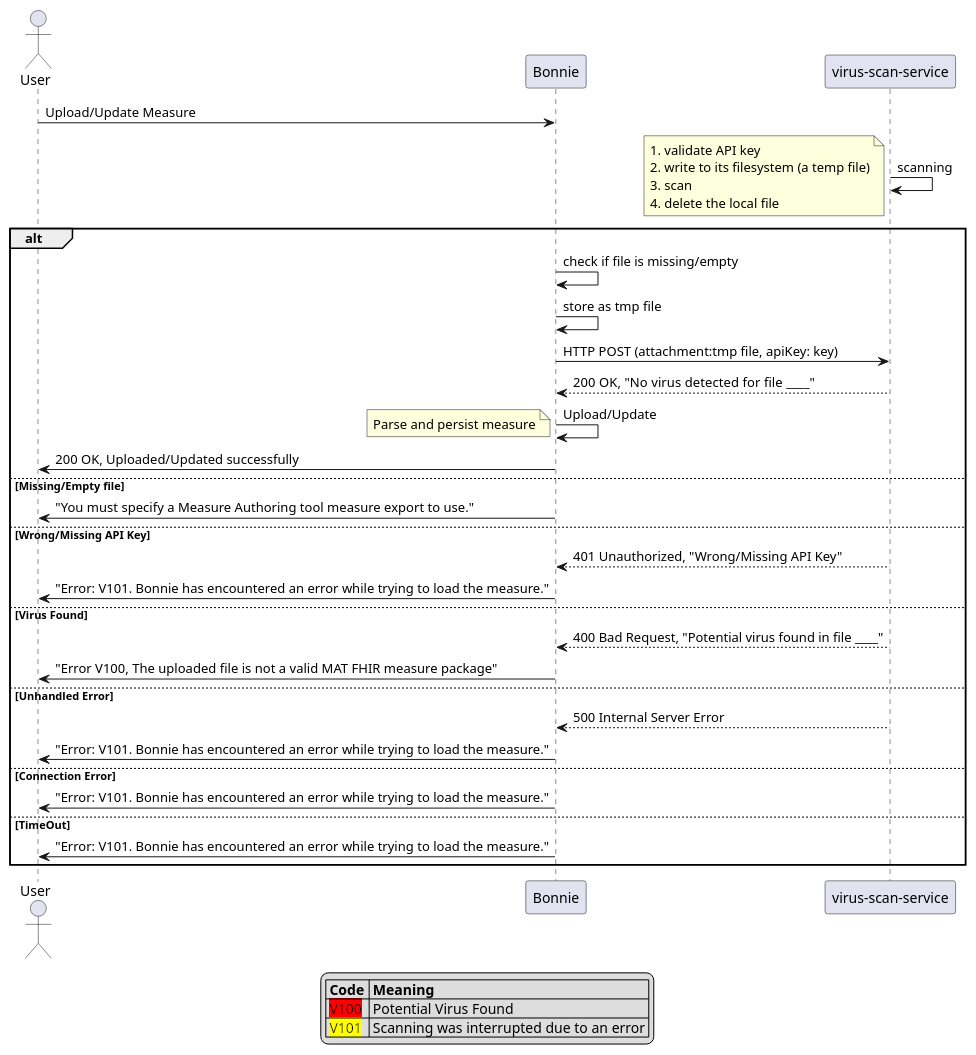
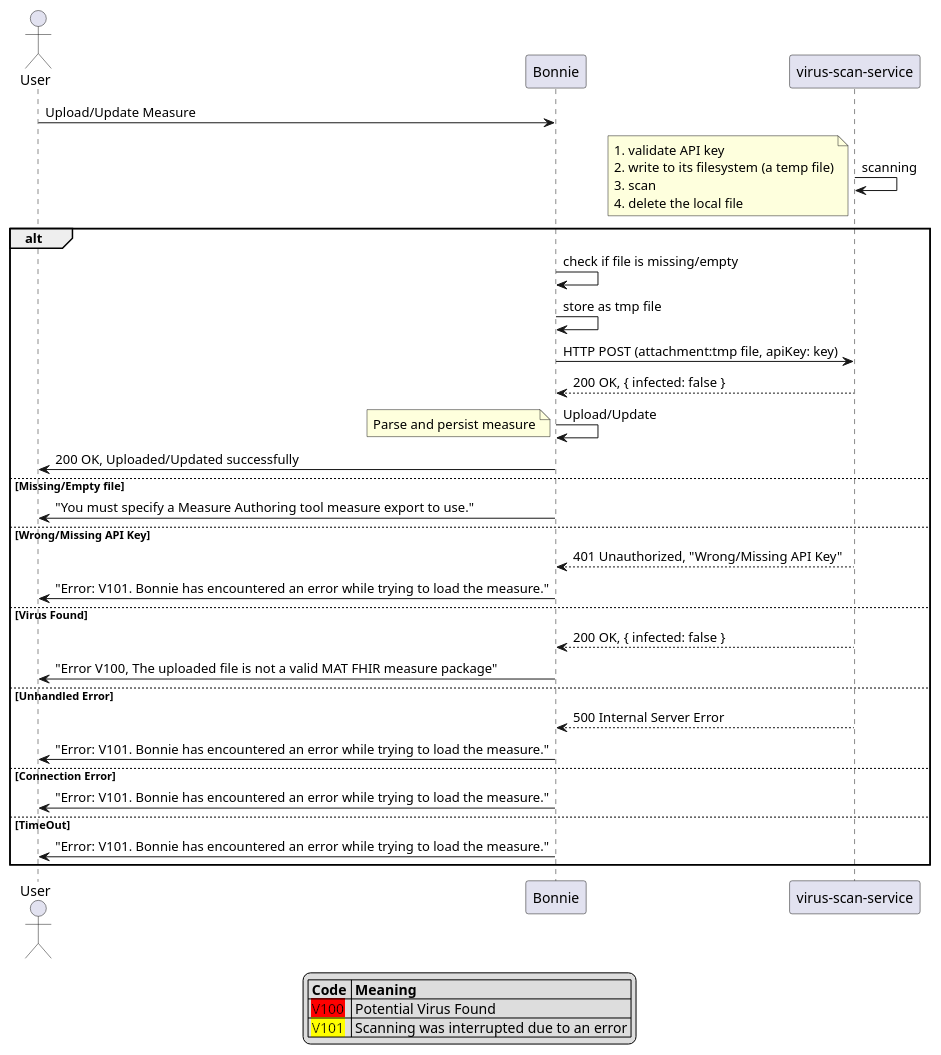
Before and after one commit to MeasureAuthoringTool/bonnie: the diagram in doc/virus_scanning_sequence.puml, drawn with PlantUML.

Commit message:
MAT-2281 Correct an error message on the seq diagram

```diff
--- a/doc/virus_scanning_sequence.puml
+++ b/doc/virus_scanning_sequence.puml
@@ -1,53 +1,53 @@
 @startuml
 actor User
 
 User -> Bonnie: Upload/Update Measure
 
 "virus-scan-service" -> "virus-scan-service": scanning
 note left
     1. validate API key
     2. write to its filesystem (a temp file)
     3. scan
     4. delete the local file
 end note
 alt
 Bonnie -> Bonnie: check if file is missing/empty
 Bonnie -> Bonnie: store as tmp file
 Bonnie -> "virus-scan-service": HTTP POST (attachment:tmp file, apiKey: key)
-"virus-scan-service" --> Bonnie: 200 OK,  "No virus detected for file ____"
+"virus-scan-service" --> Bonnie: 200 OK, { infected: false }
 Bonnie -> Bonnie: Upload/Update
 note left
     Parse and persist measure
 end note
 Bonnie -> User: 200 OK, Uploaded/Updated successfully
 
 else Missing/Empty file
 Bonnie -> User: "You must specify a Measure Authoring tool measure export to use."
 
 else Wrong/Missing API Key
 "virus-scan-service" --> Bonnie: 401 Unauthorized, "Wrong/Missing API Key"
 Bonnie -> User: "Error: V101. Bonnie has encountered an error while trying to load the measure."
 
 else Virus Found
-"virus-scan-service" --> Bonnie: 400 Bad Request, "Potential virus found in file ____"
+"virus-scan-service" --> Bonnie: 200 OK, { infected: false }
 Bonnie -> User: "Error V100, The uploaded file is not a valid MAT FHIR measure package"
 
 else Unhandled Error
 "virus-scan-service" --> Bonnie: 500 Internal Server Error
 Bonnie -> User: "Error: V101. Bonnie has encountered an error while trying to load the measure."
 
 else Connection Error
 Bonnie -> User: "Error: V101. Bonnie has encountered an error while trying to load the measure."
 
 else TimeOut
 Bonnie -> User: "Error: V101. Bonnie has encountered an error while trying to load the measure."
 
 end
 
 legend
  |= Code |= Meaning |
  |<back:#red> V100  </back>| Potential Virus Found |
  |<back:#yellow> V101  </back>| Scanning was interrupted due to an error |
 endlegend
 
 @enduml
```
